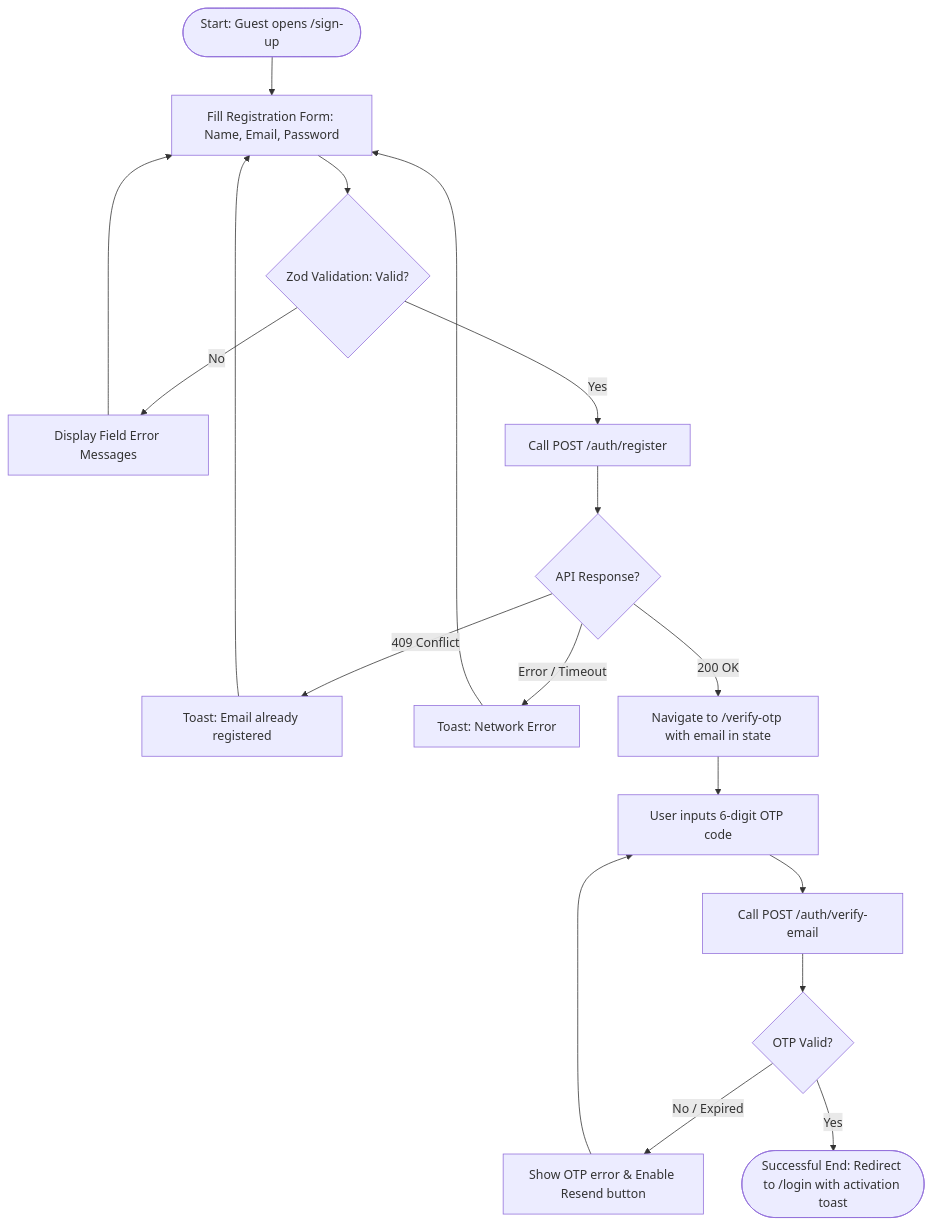
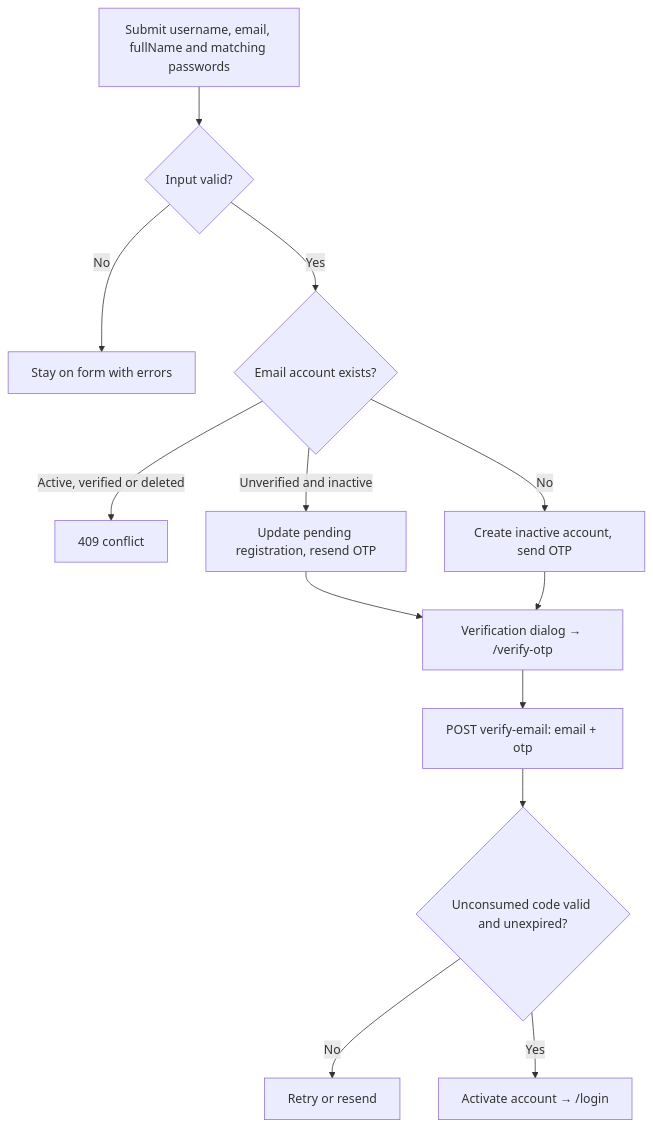
Before and after one commit to NguyenQuocTrong-bonmat/frontend-VeganHelperSystem: the second of 56 diagrams in Design.MD, drawn with Mermaid. The commit also changed other lines of this file, not shown here.

Commit message:
docs: align design diagrams with current workflows

````diff
--- a/Design.MD
+++ b/Design.MD
@@ -289,16 +150,15 @@
 ```mermaid
 flowchart TD
-    A([Start: Guest opens /sign-up]) --> B[Fill Registration Form: Name, Email, Password]
-    B --> C{Zod Validation: Valid?}
-    C -->|No| D[Display Field Error Messages] --> B
-    C -->|Yes| E[Call POST /auth/register]
-    E --> F{API Response?}
-    F -->|409 Conflict| G[Toast: Email already registered] --> B
-    F -->|Error / Timeout| H[Toast: Network Error] --> B
-    F -->|200 OK| I[Navigate to /verify-otp with email in state]
-    I --> J[User inputs 6-digit OTP code]
-    J --> K[Call POST /auth/verify-email]
-    K --> L{OTP Valid?}
-    L -->|No / Expired| M[Show OTP error & Enable Resend button] --> J
-    L -->|Yes| N([Successful End: Redirect to /login with activation toast])
+    A["Submit username, email, fullName and matching passwords"] --> B{"Input valid?"}
+    B -->|No| X["Stay on form with errors"]
+    B -->|Yes| C{"Email account exists?"}
+    C -->|Active, verified or deleted| D["409 conflict"]
+    C -->|Unverified and inactive| E["Update pending registration, resend OTP"]
+    C -->|No| F["Create inactive account, send OTP"]
+    E --> G["Verification dialog → /verify-otp"]
+    F --> G
+    G --> H["POST verify-email: email + otp"]
+    H --> I{"Unconsumed code valid and unexpired?"}
+    I -->|No| J["Retry or resend"]
+    I -->|Yes| K["Activate account → /login"]
 ```
````
